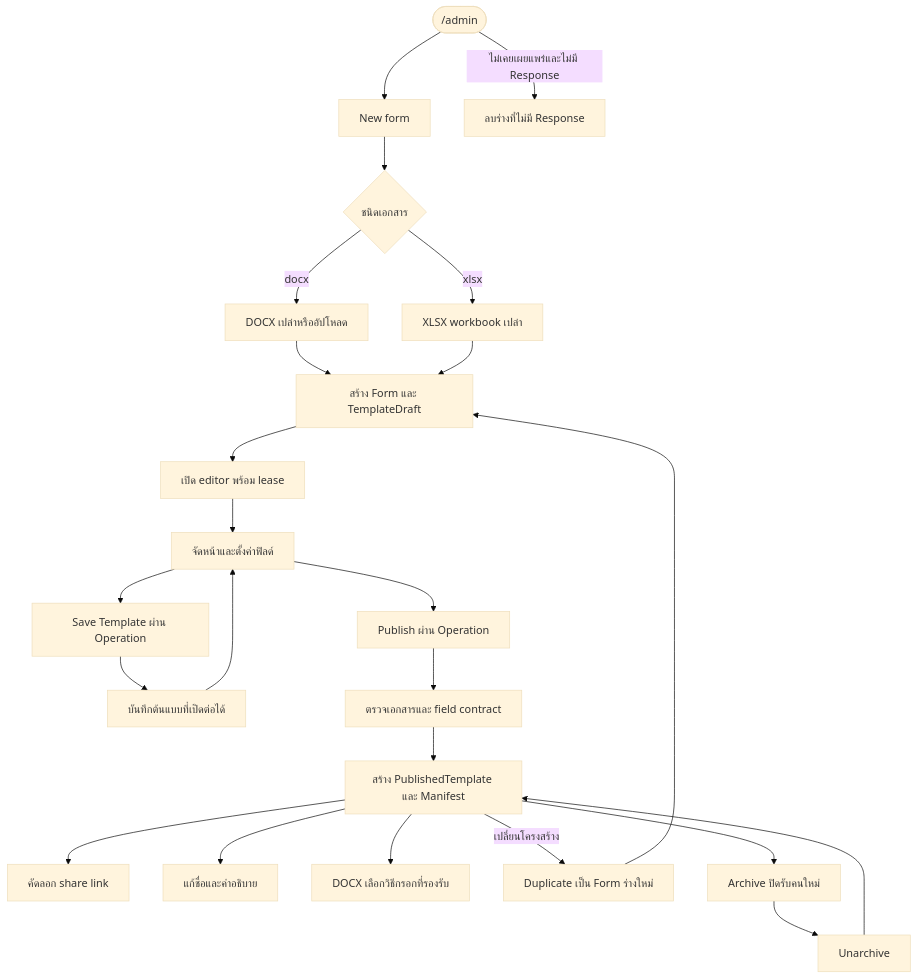
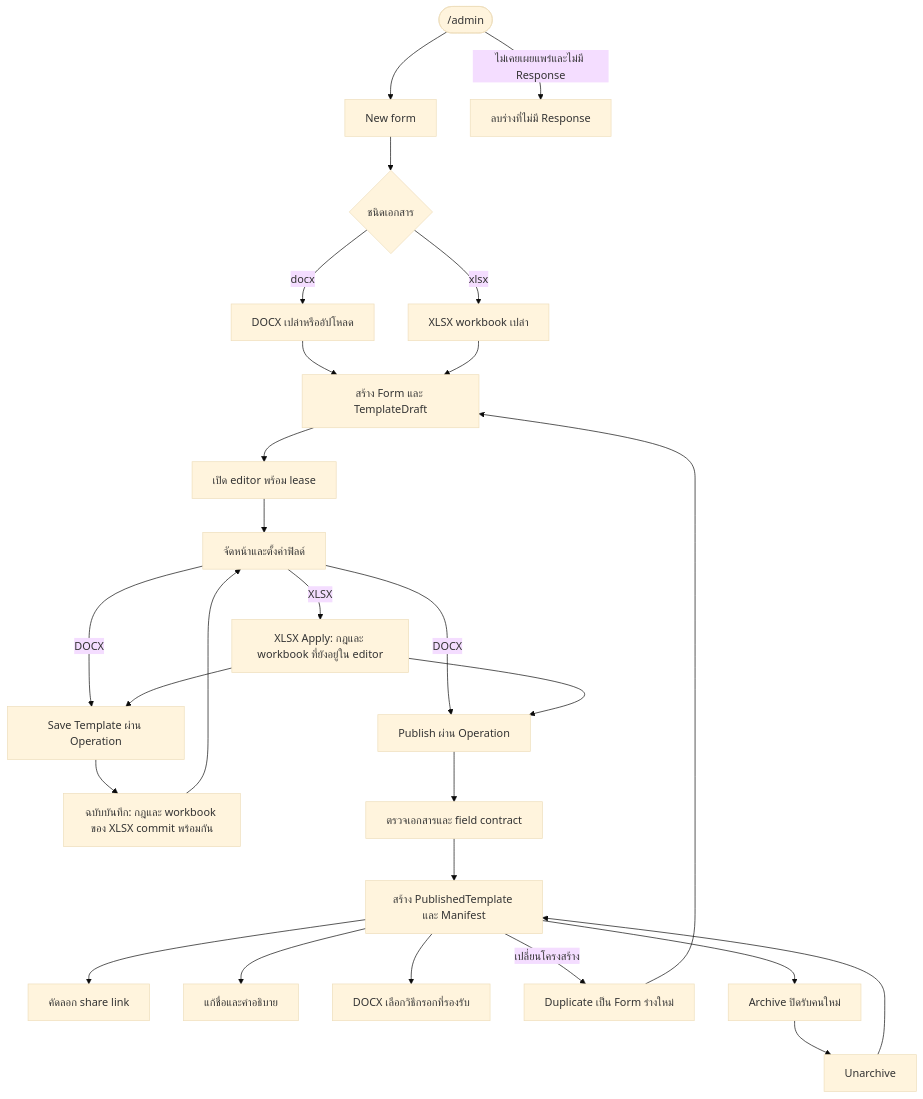
Before and after one commit to AquilaStudio2/folio-forms: the fifth of 22 diagrams in .scratch/system-workflow/system-map.md, drawn with Mermaid (base theme). The commit also changed other lines of this file and 6 other files, not shown here.

````diff
--- a/.scratch/system-workflow/system-map.md
+++ b/.scratch/system-workflow/system-map.md
@@ -362,35 +362,40 @@
 ```mermaid
 flowchart TD
     list(["/admin"])
     create["New form"]
     kind{"ชนิดเอกสาร"}
     docx["DOCX เปล่าหรืออัปโหลด"]
     xlsx["XLSX workbook เปล่า"]
     draft["สร้าง Form และ TemplateDraft"]
     lease["เปิด editor พร้อม lease"]
     design["จัดหน้าและตั้งค่าฟิลด์"]
+    working["XLSX Apply: กฎและ workbook ที่ยังอยู่ใน editor"]
     save["Save Template ผ่าน Operation"]
-    saved["บันทึกต้นแบบที่เปิดต่อได้"]
+    saved["ฉบับบันทึก: กฎและ workbook ของ XLSX commit พร้อมกัน"]
     publish["Publish ผ่าน Operation"]
     validate["ตรวจเอกสารและ field contract"]
     immutable["สร้าง PublishedTemplate และ Manifest"]
     share["คัดลอก share link"]
     metadata["แก้ชื่อและคำอธิบาย"]
     method["DOCX เลือกวิธีกรอกที่รองรับ"]
     duplicate["Duplicate เป็น Form ร่างใหม่"]
     archive["Archive ปิดรับคนใหม่"]
     restore["Unarchive"]
     delete["ลบร่างที่ไม่มี Response"]
     list --> create --> kind
     kind -->|"docx"| docx --> draft
     kind -->|"xlsx"| xlsx --> draft
     draft --> lease --> design
-    design --> save --> saved
-    saved --> design
-    design --> publish --> validate --> immutable --> share
+    design -->|"XLSX"| working
+    design -->|"DOCX"| save
+    working --> save
+    save --> saved --> design
+    design -->|"DOCX"| publish
+    working --> publish
+    publish --> validate --> immutable --> share
     immutable --> metadata
     immutable --> method
     immutable -->|"เปลี่ยนโครงสร้าง"| duplicate --> draft
     immutable --> archive --> restore --> immutable
     list -->|"ไม่เคยเผยแพร่และไม่มี Response"| delete
 ```
````
